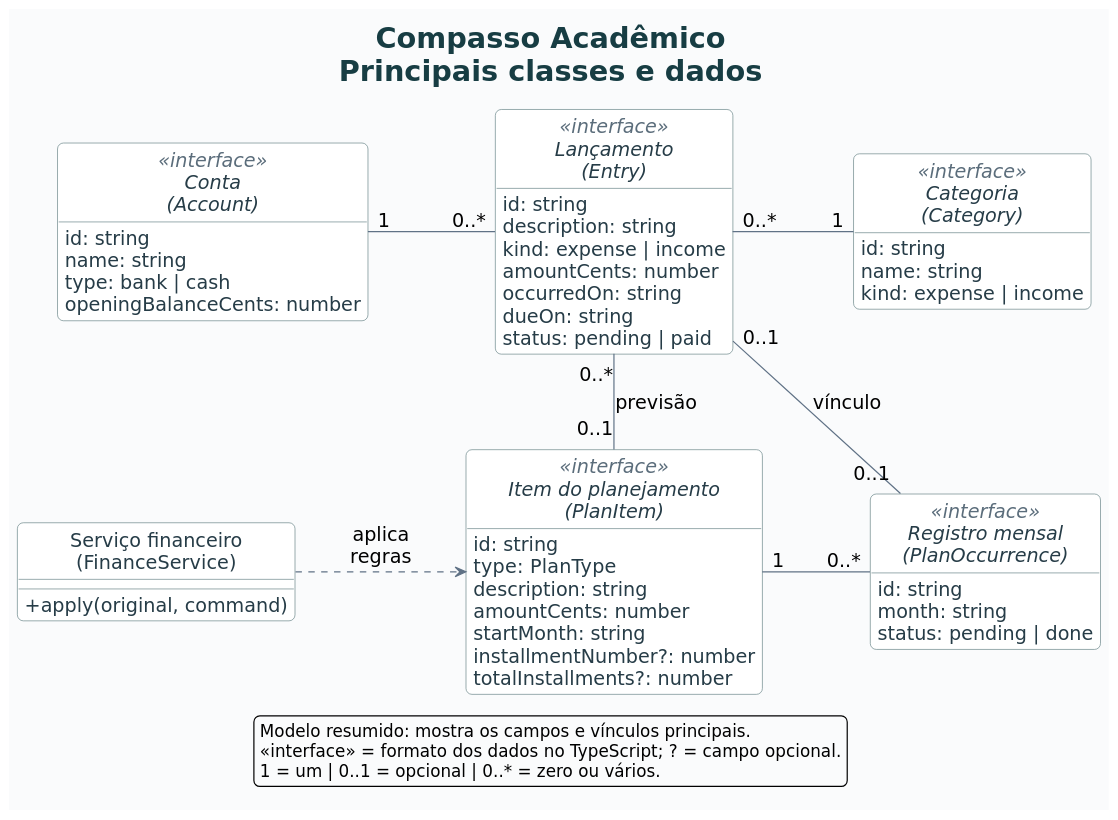
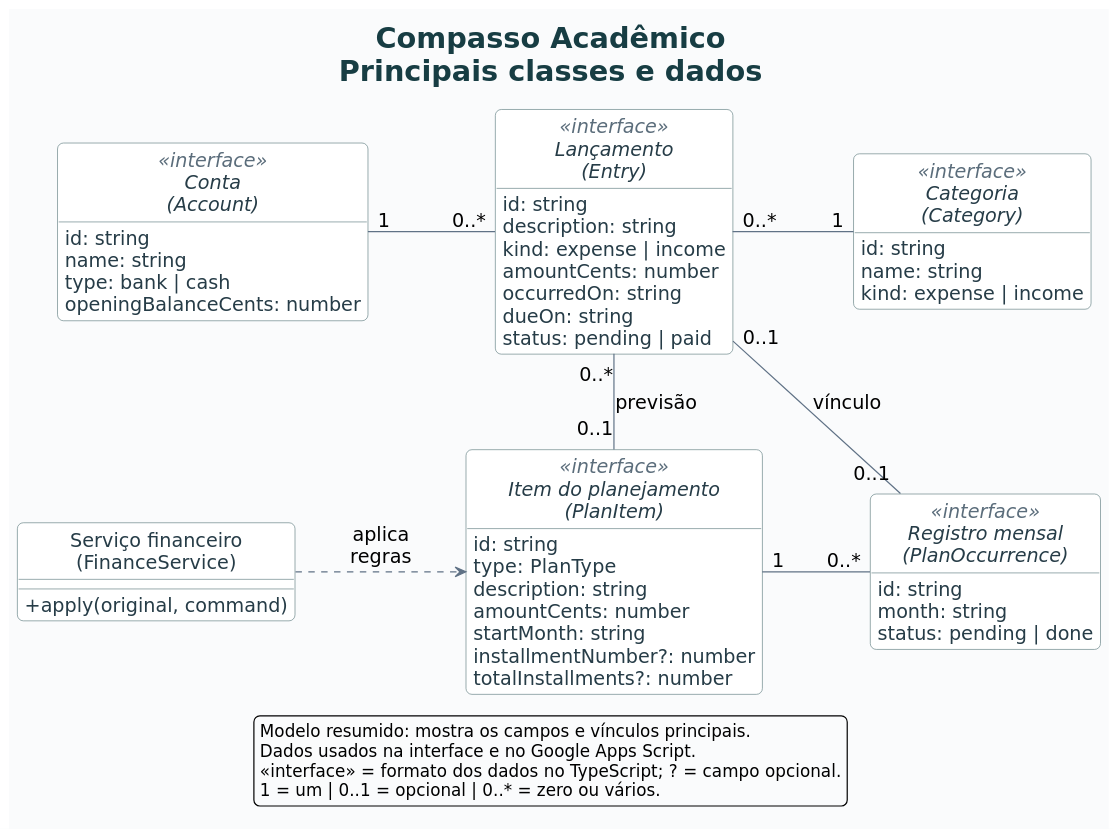
Before and after one commit to tharibbeiro/PROJ_IMPACTA_COMPASSO: the diagram in docs/diagramas/classes.puml, drawn with PlantUML. The commit also changed 69 other files, not shown here.

Commit message:
Migra Compasso para Google Apps Script e Google Sheets

```diff
--- a/docs/diagramas/classes.puml
+++ b/docs/diagramas/classes.puml
@@ -1,87 +1,88 @@
 @startuml classes
 top to bottom direction
 skinparam backgroundColor #FAFBFC
 skinparam defaultFontName DejaVu Sans
 skinparam defaultFontSize 16
 skinparam shadowing false
 skinparam roundcorner 10
 skinparam linetype polyline
 skinparam nodesep 90
 skinparam ranksep 60
 skinparam ArrowColor #607286
 skinparam ClassBorderColor #547477
 skinparam ClassBackgroundColor #FFFFFF
 skinparam ClassFontColor #173D43
 skinparam ClassAttributeFontColor #263C47
 skinparam ClassStereotypeFontColor #5B6D7B
 skinparam classAttributeIconSize 0
 skinparam titleFontColor #173D43
 skinparam titleFontSize 24
 skinparam dpi 125
 hide circle
 hide empty methods
 scale max 1800 width
 
 title Compasso Acadêmico\nPrincipais classes e dados
 
 interface "Conta\n(Account)" as Conta <<interface>> {
   id: string
   name: string
   type: bank | cash
   openingBalanceCents: number
 }
 
 interface "Categoria\n(Category)" as Categoria <<interface>> {
   id: string
   name: string
   kind: expense | income
 }
 
 interface "Lançamento\n(Entry)" as Lancamento <<interface>> {
   id: string
   description: string
   kind: expense | income
   amountCents: number
   occurredOn: string
   dueOn: string
   status: pending | paid
 }
 
 interface "Item do planejamento\n(PlanItem)" as Plano <<interface>> {
   id: string
   type: PlanType
   description: string
   amountCents: number
   startMonth: string
   installmentNumber?: number
   totalInstallments?: number
 }
 
 interface "Registro mensal\n(PlanOccurrence)" as Ocorrencia <<interface>> {
   id: string
   month: string
   status: pending | done
 }
 
 class "Serviço financeiro\n(FinanceService)" as Servico {
   +apply(original, command)
 }
 
 Conta "1" -right- "0..*" Lancamento
 Lancamento "0..*" -right- "1" Categoria
 Lancamento "0..*" -down- "0..1" Plano : previsão
 Plano "1" -right- "0..*" Ocorrencia
 Ocorrencia "0..1" -[norank]- "0..1" Lancamento : vínculo
 Servico .[norank].> Plano : aplica\nregras
 
 ' Estas linhas invisíveis apenas organizam os blocos em duas fileiras.
 Conta -[hidden]down- Servico
 Servico -[hidden]right- Plano
 Categoria -[hidden]down- Ocorrencia
 
 legend bottom
   Modelo resumido: mostra os campos e vínculos principais.
+  Dados usados na interface e no Google Apps Script.
   «interface» = formato dos dados no TypeScript; ? = campo opcional.
   1 = um | 0..1 = opcional | 0..* = zero ou vários.
 endlegend
 @enduml
```
